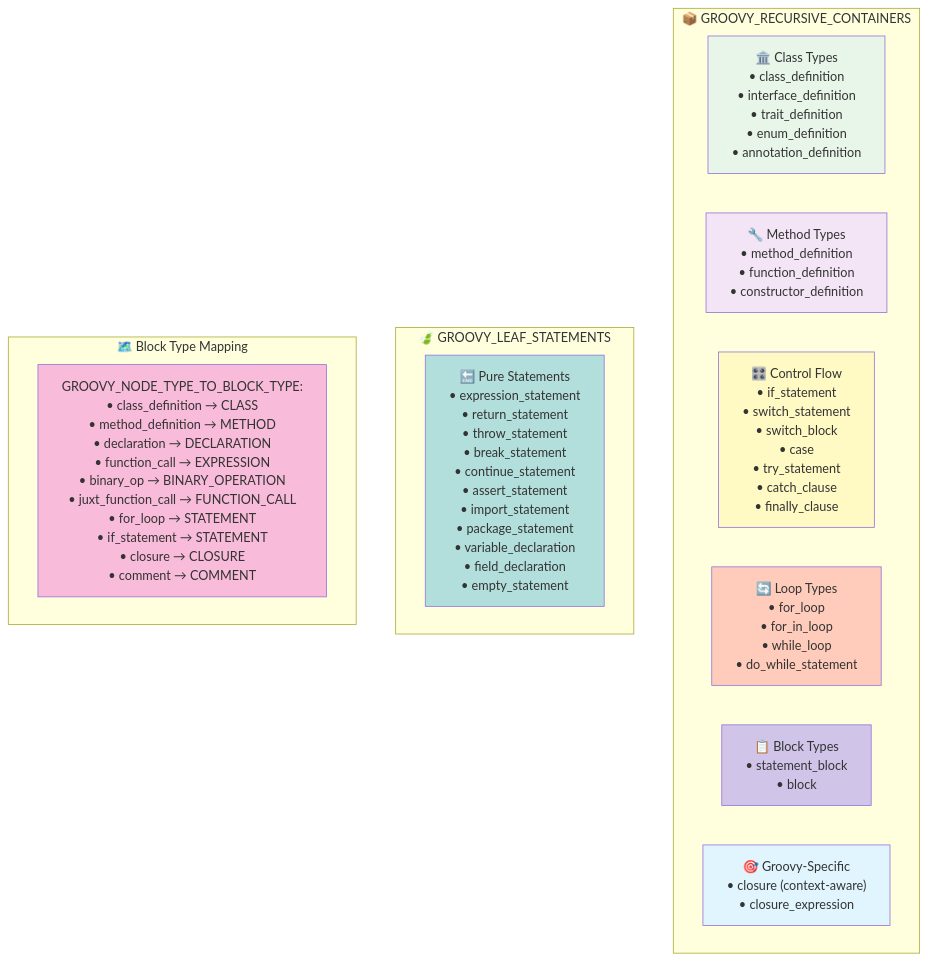
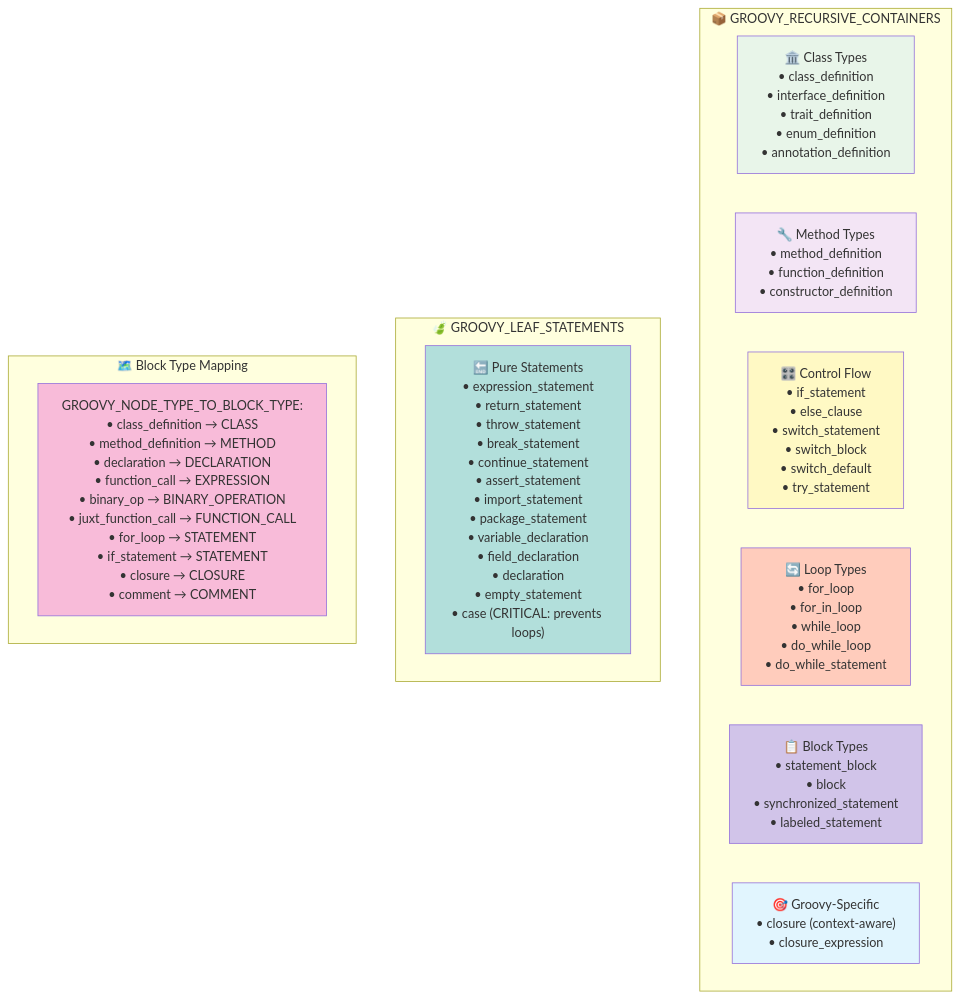
One commit to shubhamyadav-coditas/Groovy-AST-Diff changed the eighth of 13 diagrams in docs/recursive_parsing_mermaid.md. Above: the diagram before and after it, drawn with Mermaid. The commit also changed other lines of this file and 6 other files, not shown here.

````diff
--- a/docs/recursive_parsing_mermaid.md
+++ b/docs/recursive_parsing_mermaid.md
@@ -400,33 +405,33 @@
 ```mermaid
 flowchart TD
     subgraph CONTAINERS["📦 GROOVY_RECURSIVE_CONTAINERS"]
         CLASS_TYPES["🏛️ Class Types<br/>• class_definition<br/>• interface_definition<br/>• trait_definition<br/>• enum_definition<br/>• annotation_definition"]
         
         METHOD_TYPES["🔧 Method Types<br/>• method_definition<br/>• function_definition<br/>• constructor_definition"]
         
-        CONTROL_TYPES["🎛️ Control Flow<br/>• if_statement<br/>• switch_statement<br/>• switch_block<br/>• case<br/>• try_statement<br/>• catch_clause<br/>• finally_clause"]
+        CONTROL_TYPES["🎛️ Control Flow<br/>• if_statement<br/>• else_clause<br/>• switch_statement<br/>• switch_block<br/>• switch_default<br/>• try_statement"]
         
-        LOOP_TYPES["🔄 Loop Types<br/>• for_loop<br/>• for_in_loop<br/>• while_loop<br/>• do_while_statement"]
+        LOOP_TYPES["🔄 Loop Types<br/>• for_loop<br/>• for_in_loop<br/>• while_loop<br/>• do_while_loop<br/>• do_while_statement"]
         
-        BLOCK_TYPES["📋 Block Types<br/>• statement_block<br/>• block"]
+        BLOCK_TYPES["📋 Block Types<br/>• statement_block<br/>• block<br/>• synchronized_statement<br/>• labeled_statement"]
         
         GROOVY_TYPES["🎯 Groovy-Specific<br/>• closure (context-aware)<br/>• closure_expression"]
     end
     
     subgraph LEAF_STATEMENTS["🍃 GROOVY_LEAF_STATEMENTS"]
-        PURE_TYPES["🔚 Pure Statements<br/>• expression_statement<br/>• return_statement<br/>• throw_statement<br/>• break_statement<br/>• continue_statement<br/>• assert_statement<br/>• import_statement<br/>• package_statement<br/>• variable_declaration<br/>• field_declaration<br/>• empty_statement"]
+        PURE_TYPES["🔚 Pure Statements<br/>• expression_statement<br/>• return_statement<br/>• throw_statement<br/>• break_statement<br/>• continue_statement<br/>• assert_statement<br/>• import_statement<br/>• package_statement<br/>• variable_declaration<br/>• field_declaration<br/>• declaration<br/>• empty_statement<br/>• case (CRITICAL: prevents loops)"]
     end
     
     subgraph BLOCK_TYPE_MAPPING["🗺️ Block Type Mapping"]
         MAPPING["GROOVY_NODE_TYPE_TO_BLOCK_TYPE:<br/>• class_definition → CLASS<br/>• method_definition → METHOD<br/>• declaration → DECLARATION<br/>• function_call → EXPRESSION<br/>• binary_op → BINARY_OPERATION<br/>• juxt_function_call → FUNCTION_CALL<br/>• for_loop → STATEMENT<br/>• if_statement → STATEMENT<br/>• closure → CLOSURE<br/>• comment → COMMENT"]
     end
     
     style CLASS_TYPES fill:#e8f5e9
     style METHOD_TYPES fill:#f3e5f5
     style CONTROL_TYPES fill:#fff9c4
     style LOOP_TYPES fill:#ffccbc
     style BLOCK_TYPES fill:#d1c4e9
     style GROOVY_TYPES fill:#e1f5fe
     style PURE_TYPES fill:#b2dfdb
     style MAPPING fill:#f8bbd9
 ```
````
